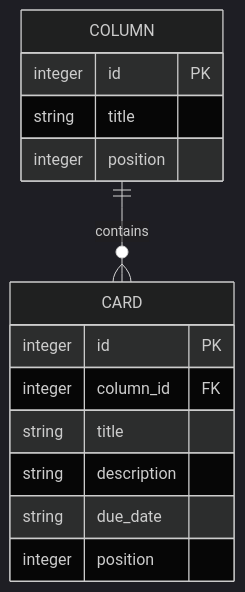
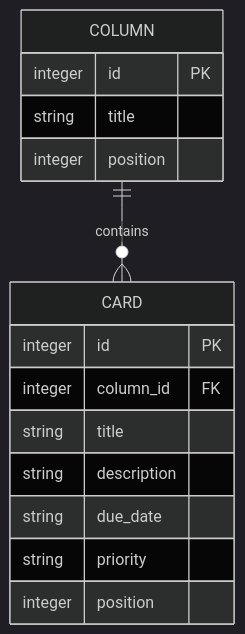
The diagram in docs/database.md (tabata-kodai1/java-Course), drawn with Mermaid (dark theme) before and after one commit. The commit also changed other lines of this file and 7 other files, not shown here.

````diff
--- a/docs/database.md
+++ b/docs/database.md
@@ -11,17 +11,18 @@
 ```mermaid
 erDiagram
     COLUMN ||--o{ CARD : contains
     COLUMN {
         integer id PK
         string title
         integer position
     }
     CARD {
         integer id PK
         integer column_id FK
         string title
         string description
         string due_date
+        string priority
         integer position
     }
 ```
````
